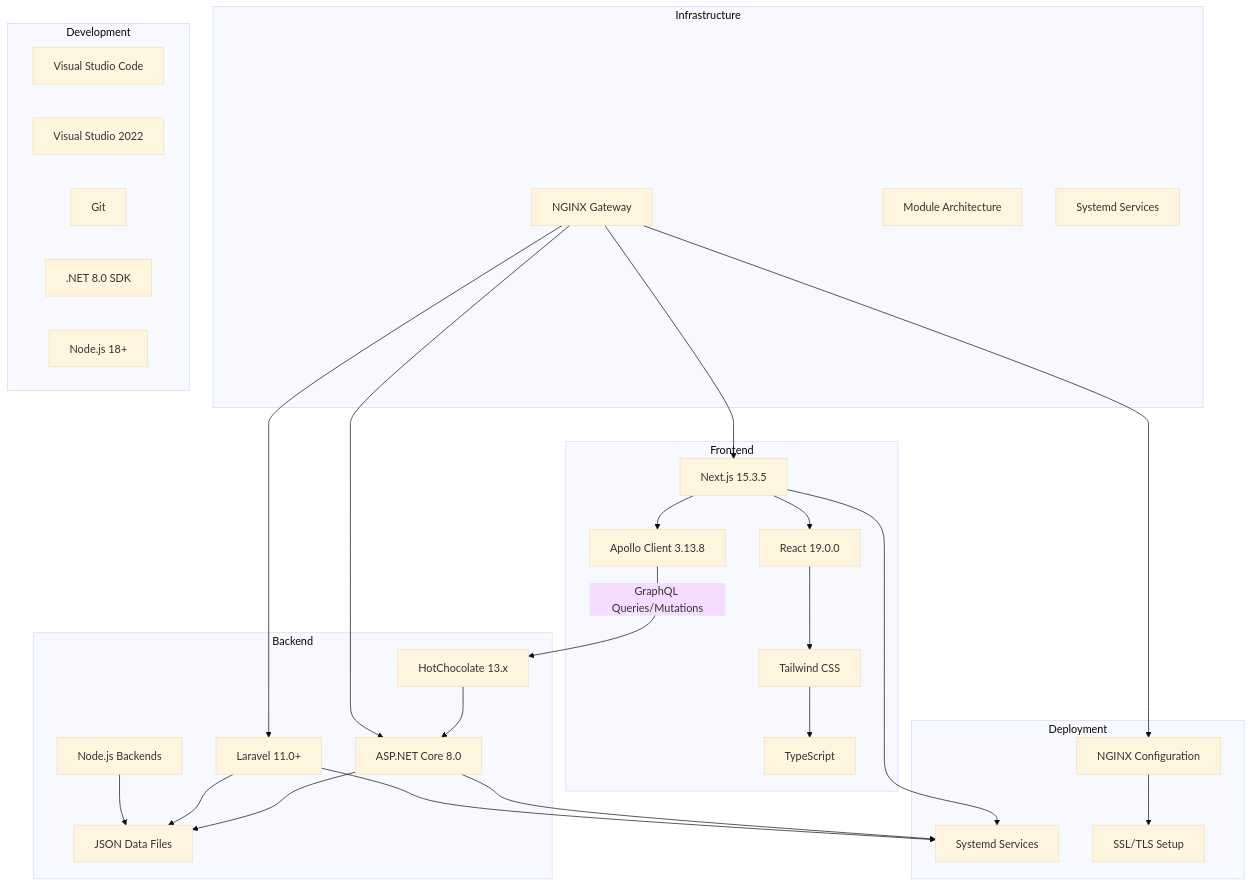
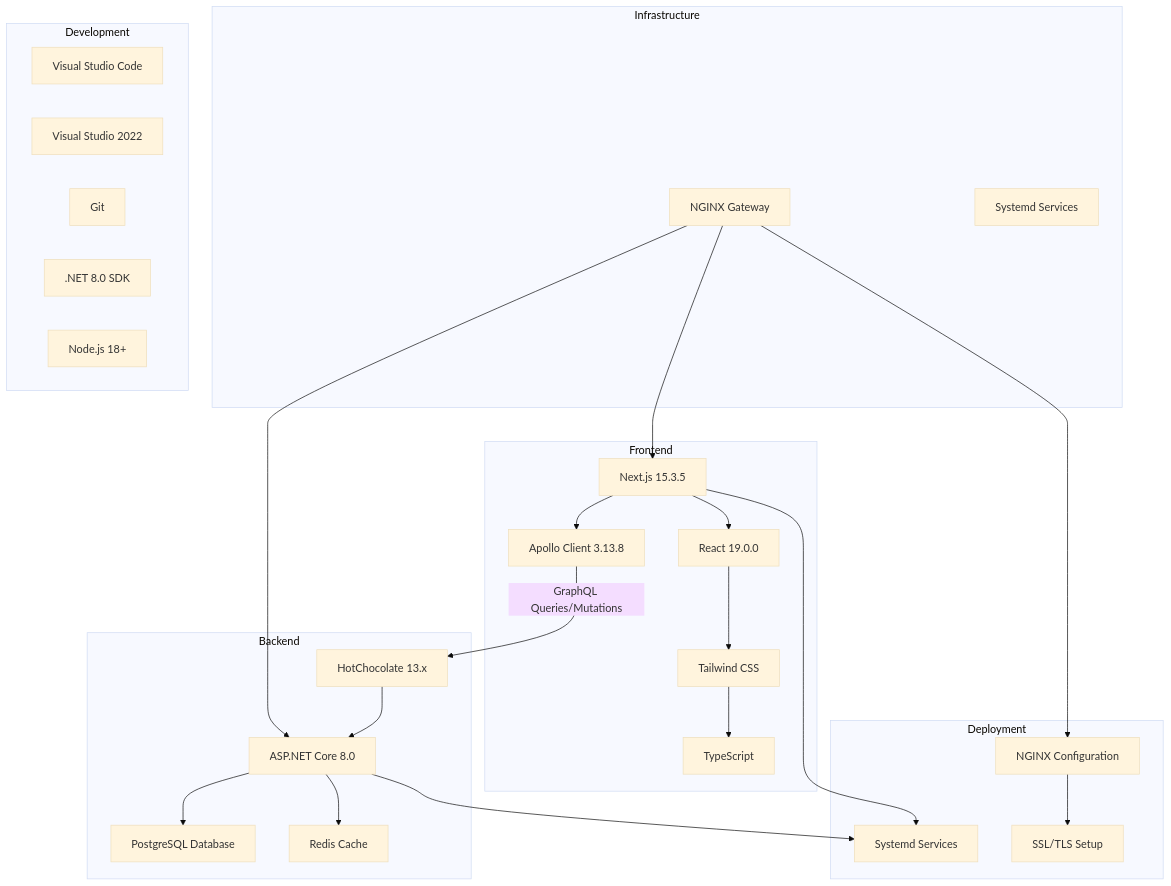
Before and after one commit to ErikVeland/GlassCodeAcademy: the diagram in docs/TECH_STACK.md, drawn with Mermaid (base theme). The commit also changed other lines of this file and 26 other files, not shown here.

````diff
--- a/docs/TECH_STACK.md
+++ b/docs/TECH_STACK.md
@@ -7,52 +9,47 @@
 ```mermaid
 graph TB
     subgraph Frontend
         A[Next.js 15.3.5] --> B[React 19.0.0]
         B --> C[Tailwind CSS]
         C --> D[TypeScript]
         A --> E[Apollo Client 3.13.8]
     end
 
     subgraph Backend
         F[ASP.NET Core 8.0]
         G[HotChocolate 13.x]
-        H[Laravel 11.0+]
-        I[Node.js Backends]
-        J[JSON Data Files]
+        H[PostgreSQL Database]
+        I[Redis Cache]
     end
 
     subgraph Infrastructure
-        K[NGINX Gateway]
-        L[Module Architecture]
-        M[Systemd Services]
+        J[NGINX Gateway]
+        K[Systemd Services]
     end
 
     E -- GraphQL Queries/Mutations --> G
     G --> F
-    F --> J
-    H --> J
-    I --> J
-    K --> A
-    K --> F
-    K --> H
+    F --> H
+    F --> I
+    J --> A
+    J --> F
 
     subgraph Development
-        N[Visual Studio Code]
-        O[Visual Studio 2022]
-        P[Git]
-        Q[.NET 8.0 SDK]
-        R[Node.js 18+]
+        L[Visual Studio Code]
+        M[Visual Studio 2022]
+        N[Git]
+        O[.NET 8.0 SDK]
+        P[Node.js 18+]
     end
 
     subgraph Deployment
-        S[Systemd Services]
-        T[NGINX Configuration]
-        U[SSL/TLS Setup]
+        Q[Systemd Services]
+        R[NGINX Configuration]
+        S[SSL/TLS Setup]
     end
 
-    A --> S
-    F --> S
-    H --> S
-    K --> T
-    T --> U
+    A --> Q
+    F --> Q
+    J --> R
+    R --> S
 ```
````
